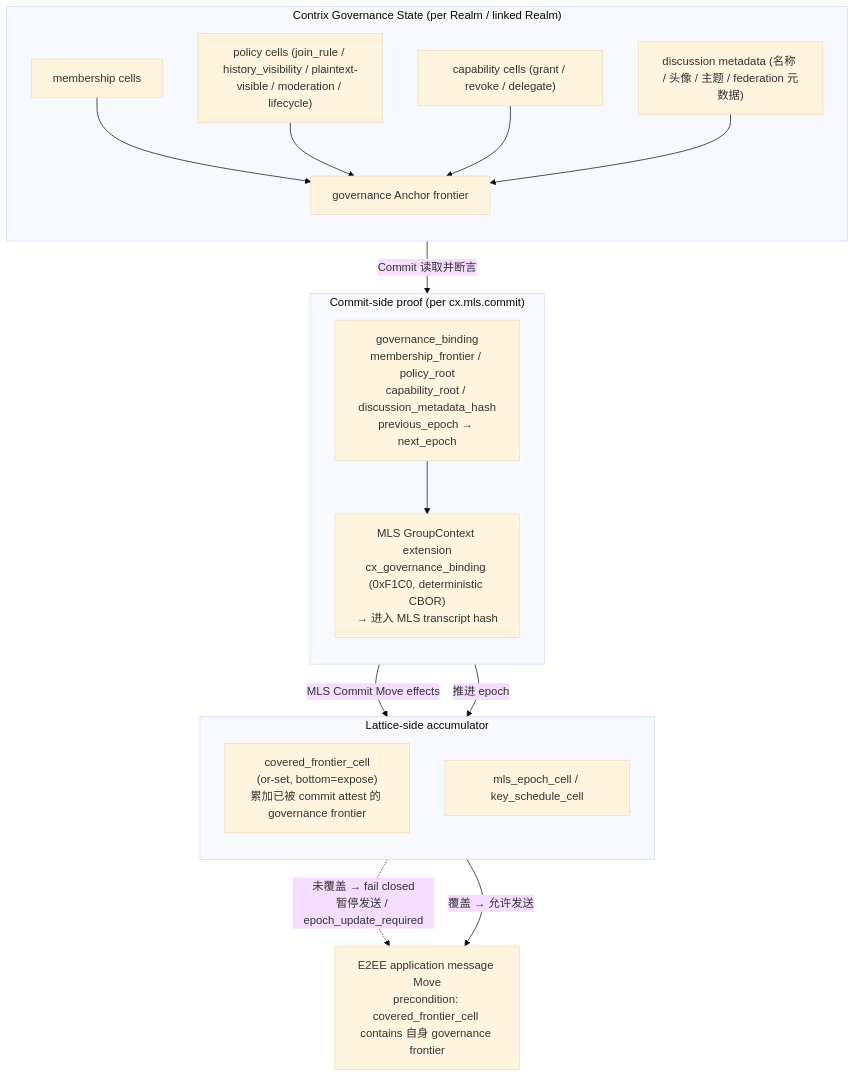
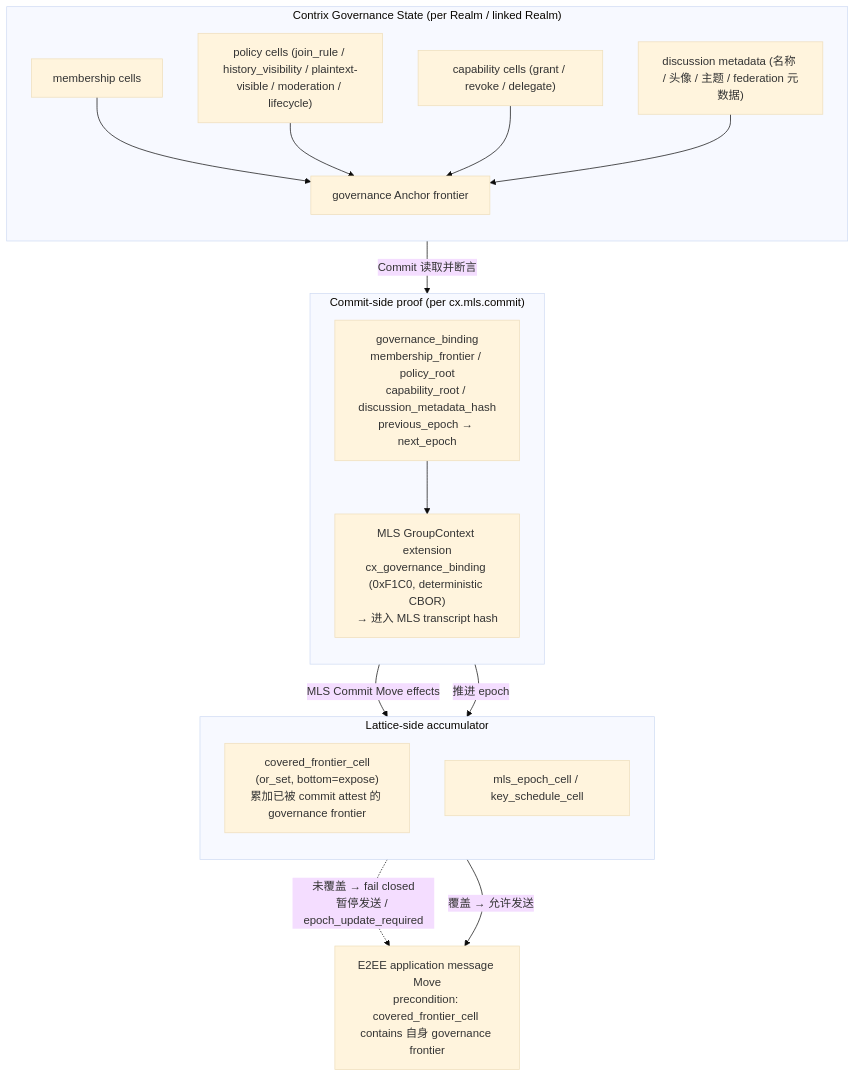
Before and after one commit to arkret-org/arkret-spec: the second of 2 diagrams in spec/v1/zh/crypto-media/encryption-and-audit.md, drawn with Mermaid (base theme). The commit also changed other lines of this file and 100 other files, not shown here.

````diff
--- a/spec/v1/zh/crypto-media/encryption-and-audit.md
+++ b/spec/v1/zh/crypto-media/encryption-and-audit.md
@@ -331,36 +331,36 @@
 ```mermaid
 flowchart TB
     subgraph GS ["Contrix Governance State (per Realm / linked Realm)"]
         direction TB
         Memb["membership cells"]
         Pol["policy cells (join_rule / history_visibility / plaintext-visible / moderation / lifecycle)"]
         Cap["capability cells (grant / revoke / delegate)"]
         Disc["discussion metadata (名称 / 头像 / 主题 / federation 元数据)"]
         Anc["governance Anchor frontier"]
         Memb --> Anc
         Pol --> Anc
         Cap --> Anc
         Disc --> Anc
     end
 
     subgraph CS ["Commit-side proof (per cx.mls.commit)"]
         direction TB
         GB["governance_binding<br/>membership_frontier / policy_root<br/>capability_root / discussion_metadata_hash<br/>previous_epoch → next_epoch"]
         Trans["MLS GroupContext extension<br/>cx_governance_binding (0xF1C0, deterministic CBOR)<br/>→ 进入 MLS transcript hash"]
         GB --> Trans
     end
 
     subgraph LS ["Lattice-side accumulator"]
         direction TB
-        CFC["covered_frontier_cell<br/>(or-set, bottom=expose)<br/>累加已被 commit attest 的 governance frontier"]
+        CFC["covered_frontier_cell<br/>(or_set, bottom=expose)<br/>累加已被 commit attest 的 governance frontier"]
         EpC["mls_epoch_cell / key_schedule_cell"]
     end
 
     Anc -- "Commit 读取并断言" --> GB
     GB -- "MLS Commit Move effects" --> CFC
     GB -- "推进 epoch" --> EpC
 
     Msg["E2EE application message Move<br/>precondition: covered_frontier_cell contains 自身 governance frontier"]
     CFC -. "未覆盖 → fail closed<br/>暂停发送 / epoch_update_required" .-> Msg
     CFC -- "覆盖 → 允许发送" --> Msg
 ```
````
